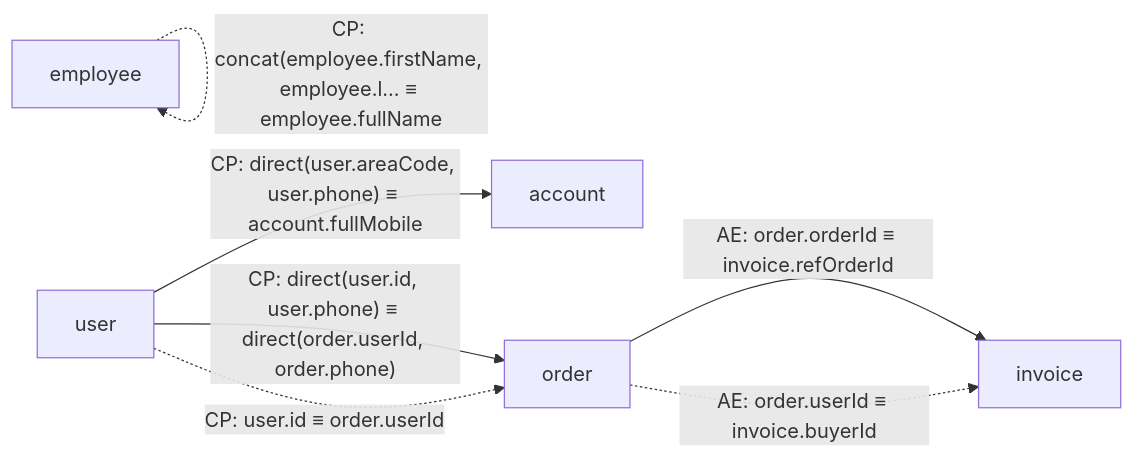
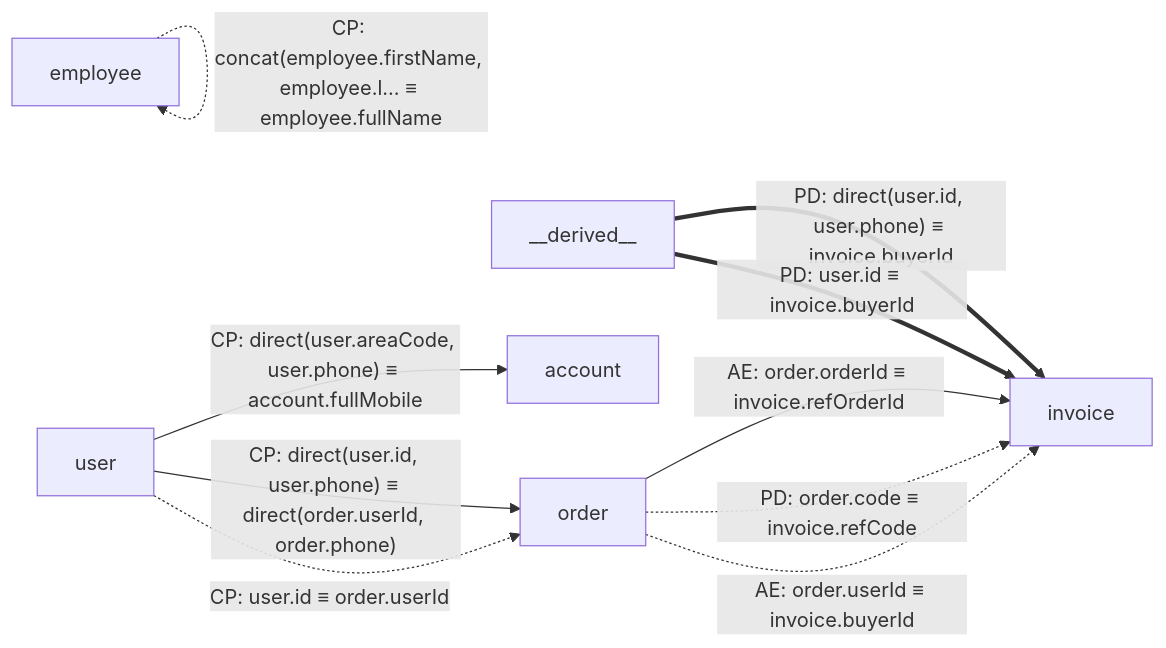
The diagram in classRelationTestCode.md (LIngcheng-zeng/classRelation), drawn with Mermaid before and after one commit. The commit also changed other lines of this file and 11 other files, not shown here.

````diff
--- a/classRelationTestCode.md
+++ b/classRelationTestCode.md
@@ -13,9 +14,12 @@
 ```mermaid
 flowchart LR
     order -->|"AE: order.orderId ≡ invoice.refOrderId"| invoice
+    order -.->|"PD: order.code ≡ invoice.refCode"| invoice
     order -.->|"AE: order.userId ≡ invoice.buyerId"| invoice
     employee -.->|"CP: concat(employee.firstName, employee.l... ≡ employee.fullName"| employee
     user -->|"CP: direct(user.areaCode, user.phone) ≡ account.fullMobile"| account
     user -->|"CP: direct(user.id, user.phone) ≡ direct(order.userId, order.phone)"| order
     user -.->|"CP: user.id ≡ order.userId"| order
+    __derived__ ==>|"PD: direct(user.id, user.phone) ≡ invoice.buyerId"| invoice
+    __derived__ ==>|"PD: user.id ≡ invoice.buyerId"| invoice
 ```
````
